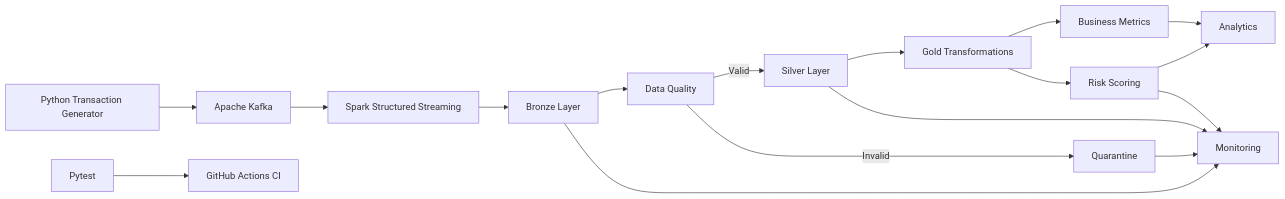
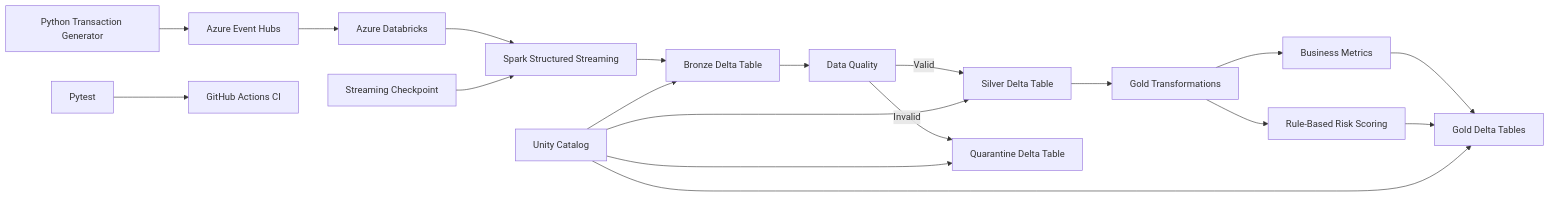
Before and after one commit to anishachada667-rgb/realtime-financial-transaction-lakehouse: the diagram in README.md, drawn with Mermaid. The commit also changed other lines of this file and 5 other files, not shown here.

Commit message:
Add Azure Event Hubs and Databricks lakehouse deployment

````diff
--- a/README.md
+++ b/README.md
@@ -23,26 +29,29 @@
 ```mermaid
 flowchart LR
-    A["Python Transaction Generator"] --> B["Apache Kafka"]
-    B --> C["Spark Structured Streaming"]
-    C --> D["Bronze Layer"]
+    A["Python Transaction Generator"] --> B["Azure Event Hubs"]
+    B --> C["Azure Databricks"]
+    C --> D["Spark Structured Streaming"]
+    D --> E["Bronze Delta Table"]
 
-    D --> E["Data Quality"]
+    E --> F["Data Quality"]
 
-    E -->|Valid| F["Silver Layer"]
-    E -->|Invalid| G["Quarantine"]
+    F -->|Valid| G["Silver Delta Table"]
+    F -->|Invalid| H["Quarantine Delta Table"]
 
-    F --> H["Gold Transformations"]
+    G --> I["Gold Transformations"]
 
-    H --> I["Business Metrics"]
-    H --> J["Risk Scoring"]
+    I --> J["Business Metrics"]
+    I --> K["Rule-Based Risk Scoring"]
 
-    I --> K["Analytics"]
-    J --> K
+    J --> L["Gold Delta Tables"]
+    K --> L
 
-    D --> L["Monitoring"]
-    F --> L
-    G --> L
-    J --> L
+    M["Unity Catalog"] --> E
+    M --> G
+    M --> H
+    M --> L
 
-    M["Pytest"] --> N["GitHub Actions CI"]
+    N["Streaming Checkpoint"] --> D
+
+    O["Pytest"] --> P["GitHub Actions CI"]
 ```
````
